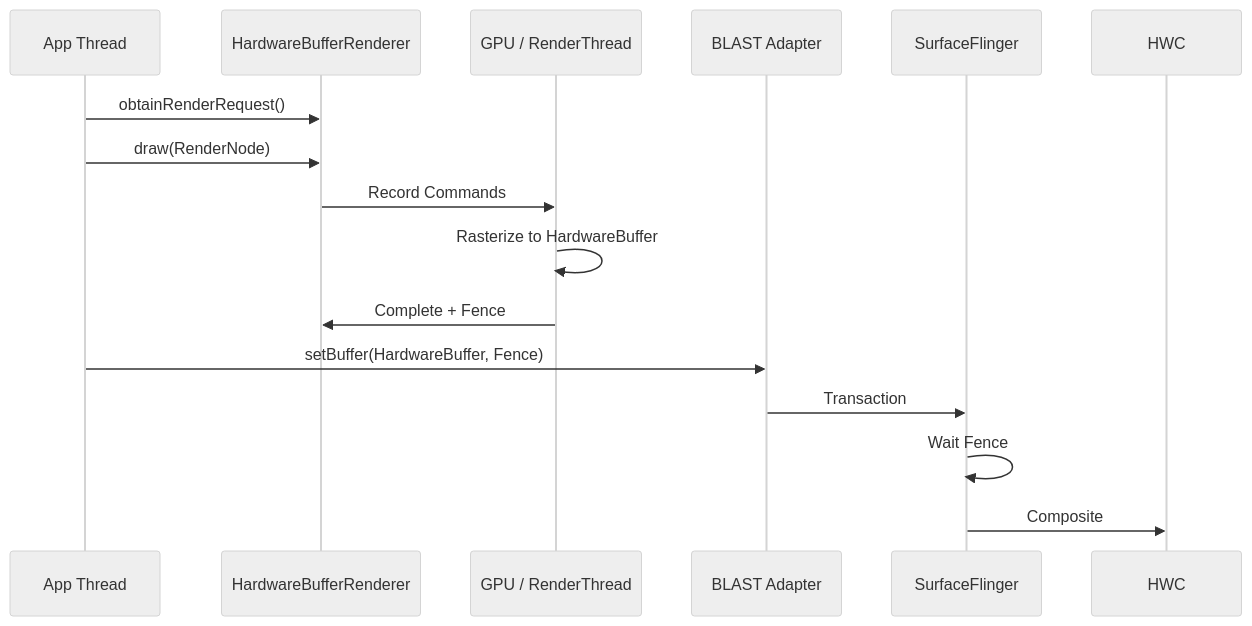
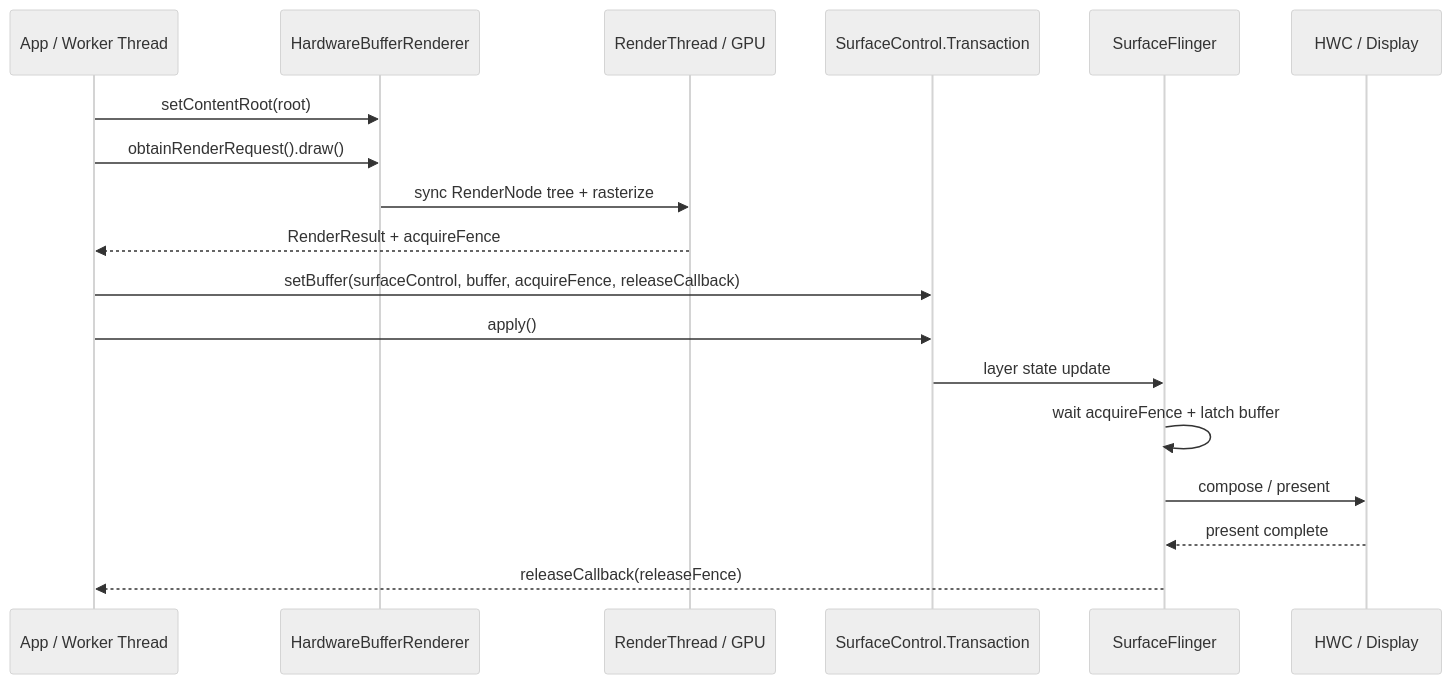
Before and after one commit to Gracker/android-internals-wiki: the second of 2 diagrams in src/part2-performance/ch18-rendering-pipelines/17-hardware-buffer-renderer.md, drawn with Mermaid (neutral theme). The commit also changed other lines of this file and 2 other files, not shown here.

First line of the commit message:
[openclaw] rework: 18.17 Hardware Buffer Renderer — Deep Tech Review 回炉修复

````diff
--- a/src/part2-performance/ch18-rendering-pipelines/17-hardware-buffer-renderer.md
+++ b/src/part2-performance/ch18-rendering-pipelines/17-hardware-buffer-renderer.md
@@ -137,21 +186,22 @@
 ```mermaid
 sequenceDiagram
-    participant App as App Thread
+    participant App as App / Worker Thread
     participant HBR as HardwareBufferRenderer
-    participant GPU as GPU / RenderThread
-    participant BBQ as BLAST Adapter
+    participant GPU as RenderThread / GPU
+    participant TX as SurfaceControl.Transaction
     participant SF as SurfaceFlinger
+    participant HWC as HWC / Display
 
-    App->>HBR: obtainRenderRequest()
-    App->>HBR: draw(RenderNode)
-    
-    HBR->>GPU: Record Commands
-    GPU->>GPU: Rasterize to HardwareBuffer
-    GPU->>HBR: Complete + Fence
-    
-    App->>BBQ: setBuffer(HardwareBuffer, Fence)
-    BBQ->>SF: Transaction
-    
-    SF->>SF: Wait Fence
-    SF->>HWC: Composite
+    App->>HBR: setContentRoot(root)
+    App->>HBR: obtainRenderRequest().draw()
+    HBR->>GPU: sync RenderNode tree + rasterize
+    GPU-->>App: RenderResult + acquireFence
+
+    App->>TX: setBuffer(surfaceControl, buffer, acquireFence, releaseCallback)
+    App->>TX: apply()
+    TX->>SF: layer state update
+    SF->>SF: wait acquireFence + latch buffer
+    SF->>HWC: compose / present
+    HWC-->>SF: present complete
+    SF-->>App: releaseCallback(releaseFence)
 ```
````
